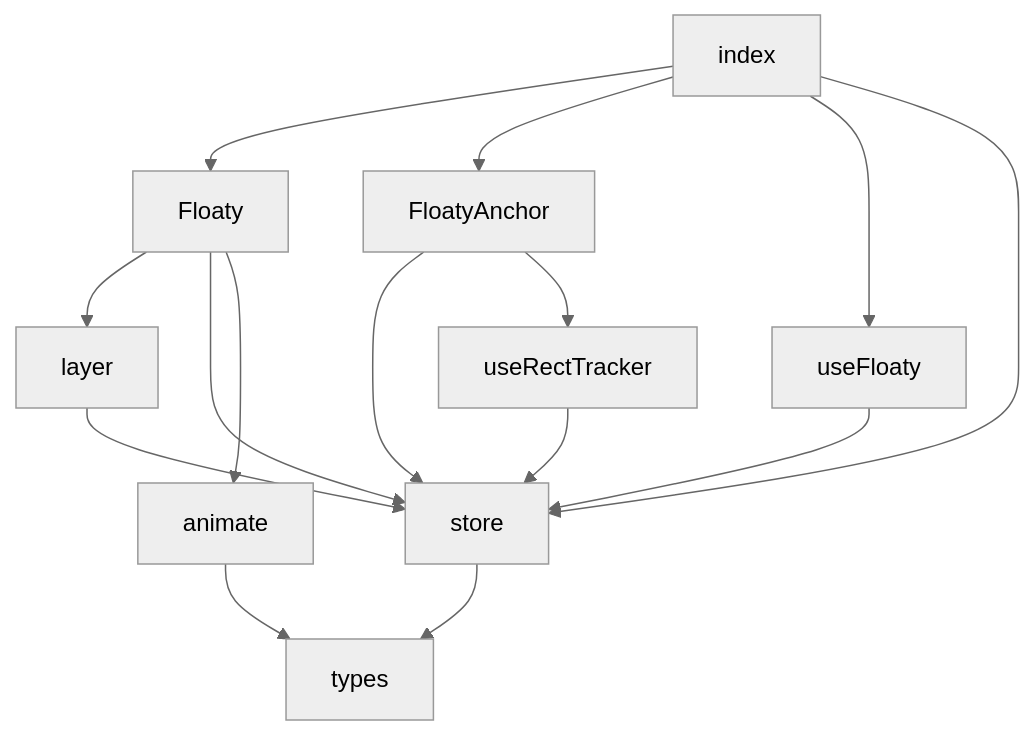
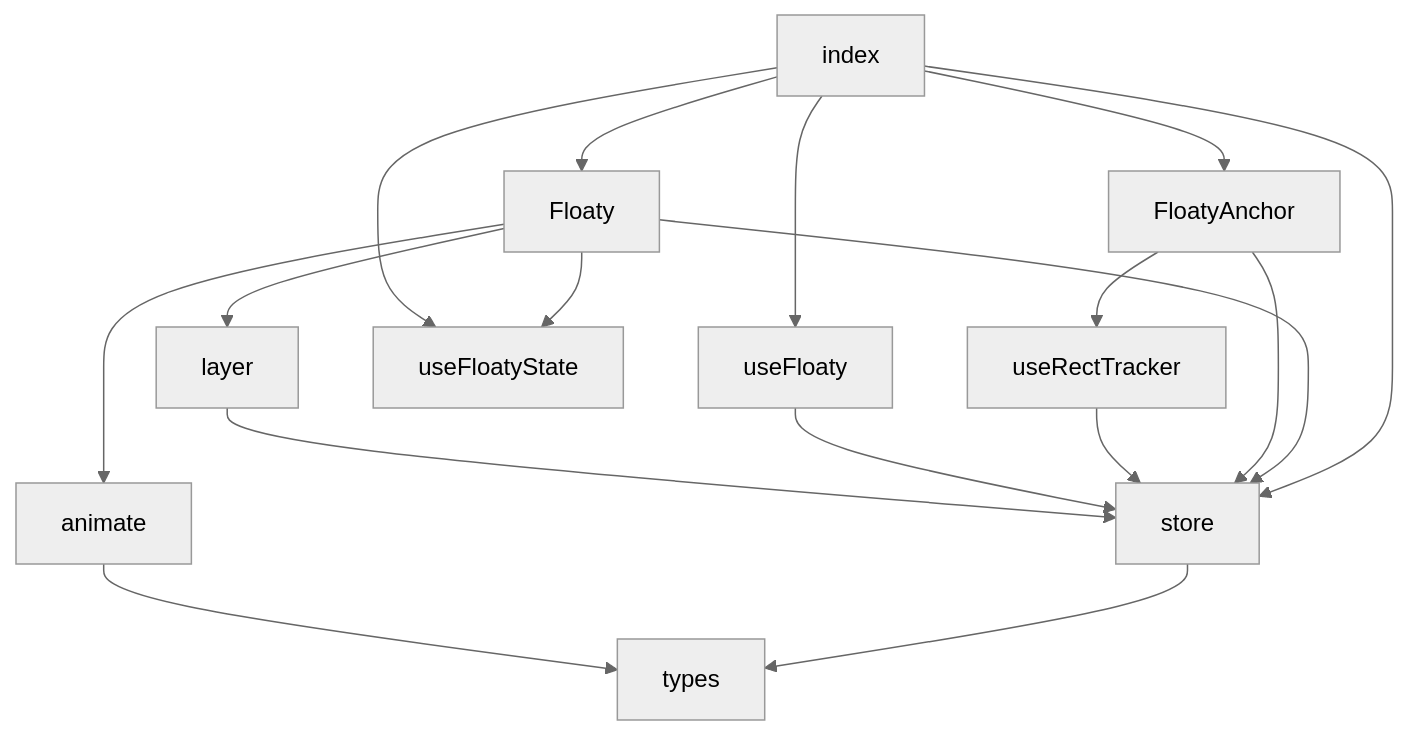
Before and after one commit to ryumy97/floaty: the second of 5 diagrams in docs/ARCHITECTURE.md, drawn with Mermaid (neutral theme). The commit also changed other lines of this file and 11 other files, not shown here.

````diff
--- a/docs/ARCHITECTURE.md
+++ b/docs/ARCHITECTURE.md
@@ -106,17 +107,19 @@
 ```mermaid
 flowchart TD
   index --> Floaty
   index --> FloatyAnchor
   index --> useFloaty
   index --> store
   Floaty --> layer
   Floaty --> store
   Floaty --> animate
+  Floaty --> useFloatyState
+  index --> useFloatyState
   FloatyAnchor --> store
   FloatyAnchor --> useRectTracker
   useRectTracker --> store
   useFloaty --> store
   layer --> store
   store --> types
   animate --> types
 ```
````
